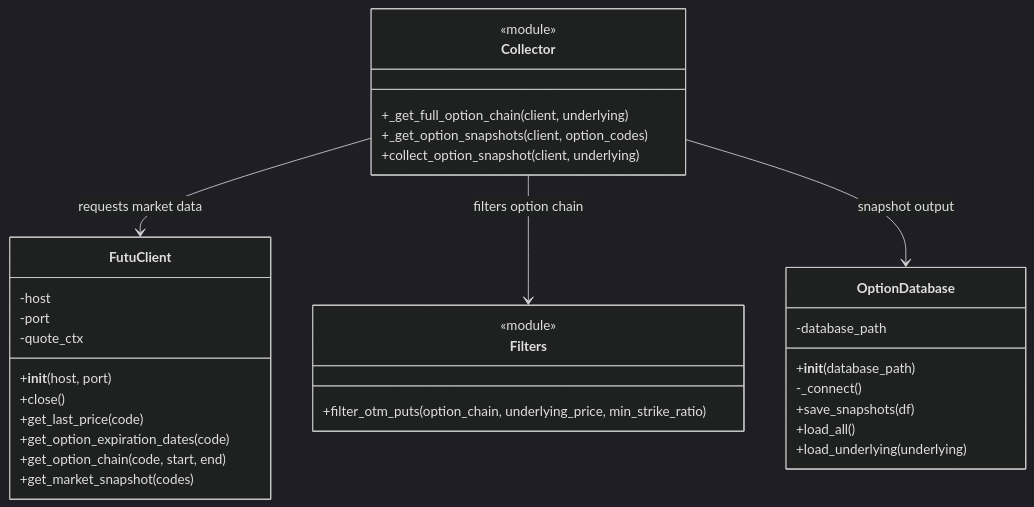
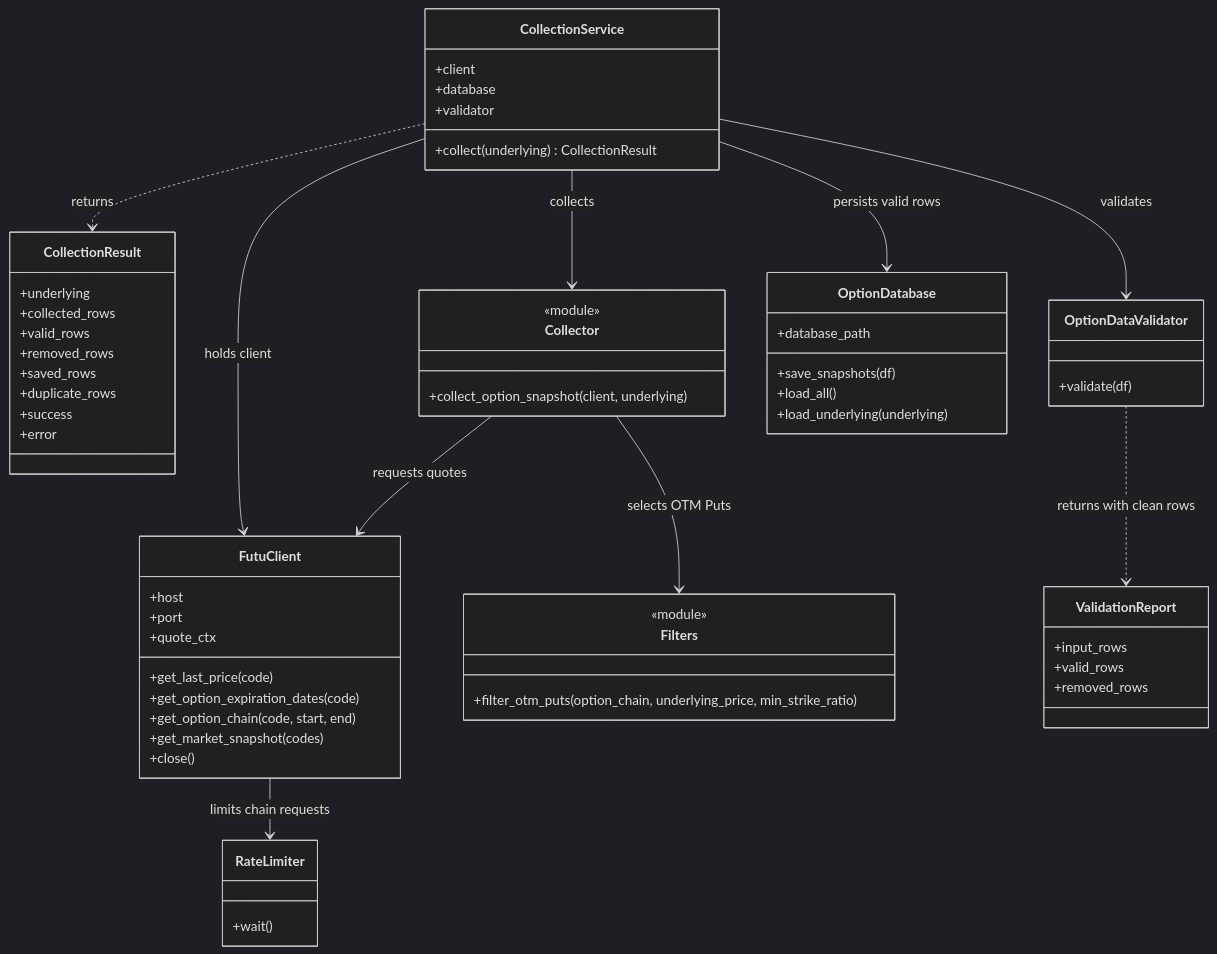
The first of 4 diagrams in docs/architecture.md (theoder01/Lemon-option-quant), drawn with Mermaid (dark theme) before and after one commit. The commit also changed other lines of this file and 14 other files, not shown here.

````diff
--- a/docs/architecture.md
+++ b/docs/architecture.md
@@ -50,40 +25,64 @@
 ```mermaid
 classDiagram
-
+    class CollectionService {
+        +client
+        +database
+        +validator
+        +collect(underlying) CollectionResult
+    }
+    class CollectionResult {
+        +underlying
+        +collected_rows
+        +valid_rows
+        +removed_rows
+        +saved_rows
+        +duplicate_rows
+        +success
+        +error
+    }
     class FutuClient {
-        -host
-        -port
-        -quote_ctx
-        +__init__(host, port)
-        +close()
+        +host
+        +port
+        +quote_ctx
         +get_last_price(code)
         +get_option_expiration_dates(code)
         +get_option_chain(code, start, end)
         +get_market_snapshot(codes)
+        +close()
     }
-
+    class RateLimiter {
+        +wait()
+    }
     class Collector {
         <<module>>
-        +_get_full_option_chain(client, underlying)
-        +_get_option_snapshots(client, option_codes)
         +collect_option_snapshot(client, underlying)
     }
-
     class Filters {
         <<module>>
         +filter_otm_puts(option_chain, underlying_price, min_strike_ratio)
     }
-
+    class OptionDataValidator {
+        +validate(df)
+    }
+    class ValidationReport {
+        +input_rows
+        +valid_rows
+        +removed_rows
+    }
     class OptionDatabase {
-        -database_path
-        +__init__(database_path)
-        -_connect()
+        +database_path
         +save_snapshots(df)
         +load_all()
         +load_underlying(underlying)
     }
 
-    Collector --> FutuClient : requests market data
-    Collector --> Filters : filters option chain
-    Collector --> OptionDatabase : snapshot output
+    CollectionService --> FutuClient : holds client
+    CollectionService --> Collector : collects
+    Collector --> FutuClient : requests quotes
+    Collector --> Filters : selects OTM Puts
+    FutuClient --> RateLimiter : limits chain requests
+    CollectionService --> OptionDataValidator : validates
+    OptionDataValidator ..> ValidationReport : returns with clean rows
+    CollectionService --> OptionDatabase : persists valid rows
+    CollectionService ..> CollectionResult : returns
 ```
````
